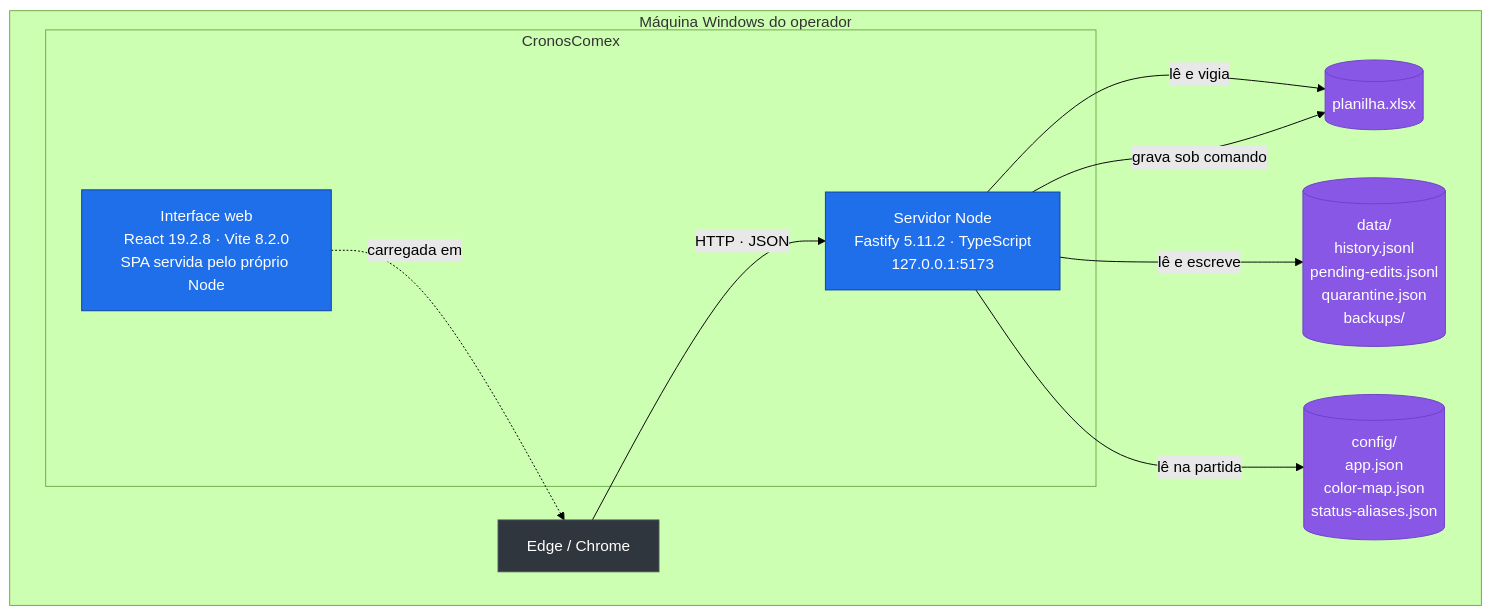
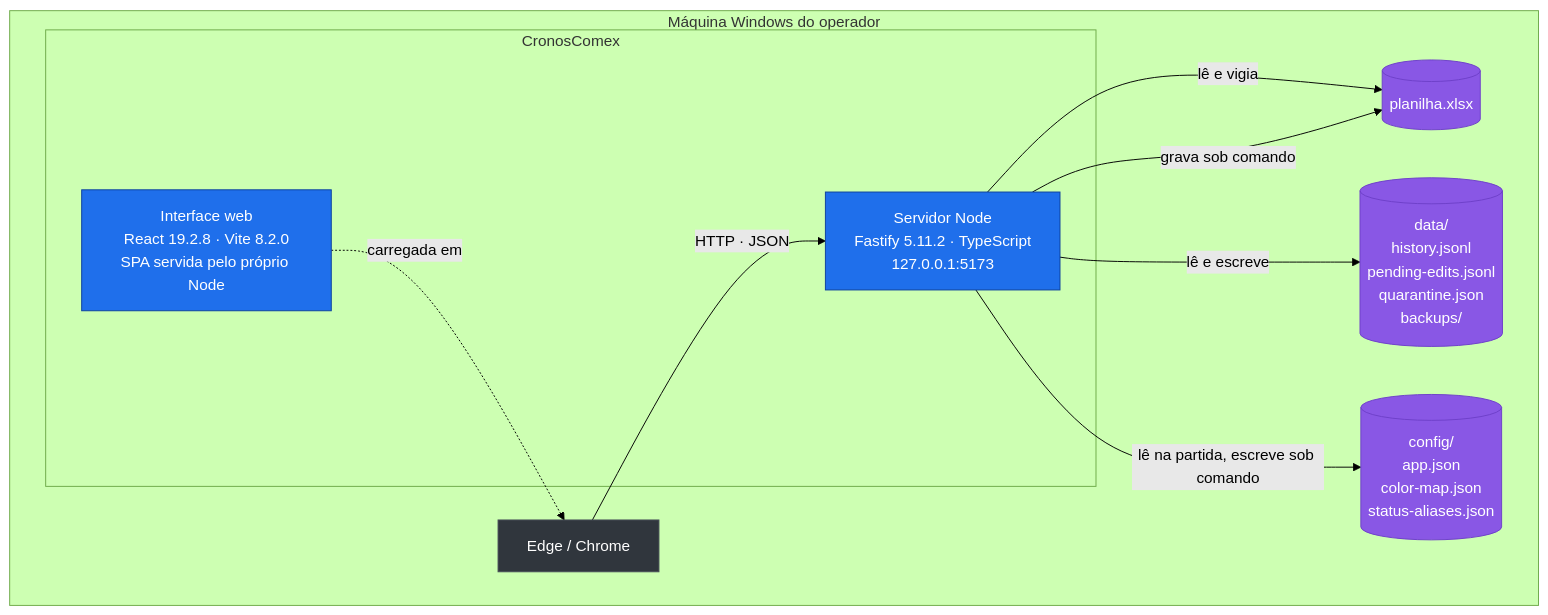
Before and after one commit to rodrigo-norys/cronoscomex: the second of 6 diagrams in docs/04-arquitetura.md, drawn with Mermaid (forest theme). The commit also changed other lines of this file and 11 other files, not shown here.

````diff
--- a/docs/04-arquitetura.md
+++ b/docs/04-arquitetura.md
@@ -39,28 +39,28 @@
 ```mermaid
 graph TB
     subgraph maquina["Máquina Windows do operador"]
         subgraph app["CronosComex"]
             SRV["Servidor Node<br/>Fastify 5.11.2 · TypeScript<br/>127.0.0.1:5173"]
             WEB["Interface web<br/>React 19.2.8 · Vite 8.2.0<br/>SPA servida pelo próprio Node"]
         end
 
         XLSX[("planilha.xlsx")]
         DATA[("data/<br/>history.jsonl<br/>pending-edits.jsonl<br/>quarantine.json<br/>backups/")]
         CFG[("config/<br/>app.json<br/>color-map.json<br/>status-aliases.json")]
         BROWSER["Edge / Chrome"]
     end
 
     BROWSER -->|"HTTP · JSON"| SRV
     WEB -.->|"carregada em"| BROWSER
     SRV -->|"lê e vigia"| XLSX
     SRV -->|"grava sob comando"| XLSX
     SRV -->|"lê e escreve"| DATA
-    SRV -->|"lê na partida"| CFG
+    SRV -->|"lê na partida, escreve sob comando"| CFG
 
     classDef proc fill:#1f6feb,stroke:#0d419d,color:#fff
     classDef dado fill:#8957e5,stroke:#6e40c9,color:#fff
     classDef externo fill:#30363d,stroke:#484f58,color:#fff
     class SRV,WEB proc
     class XLSX,DATA,CFG dado
     class BROWSER externo
 ```
````
